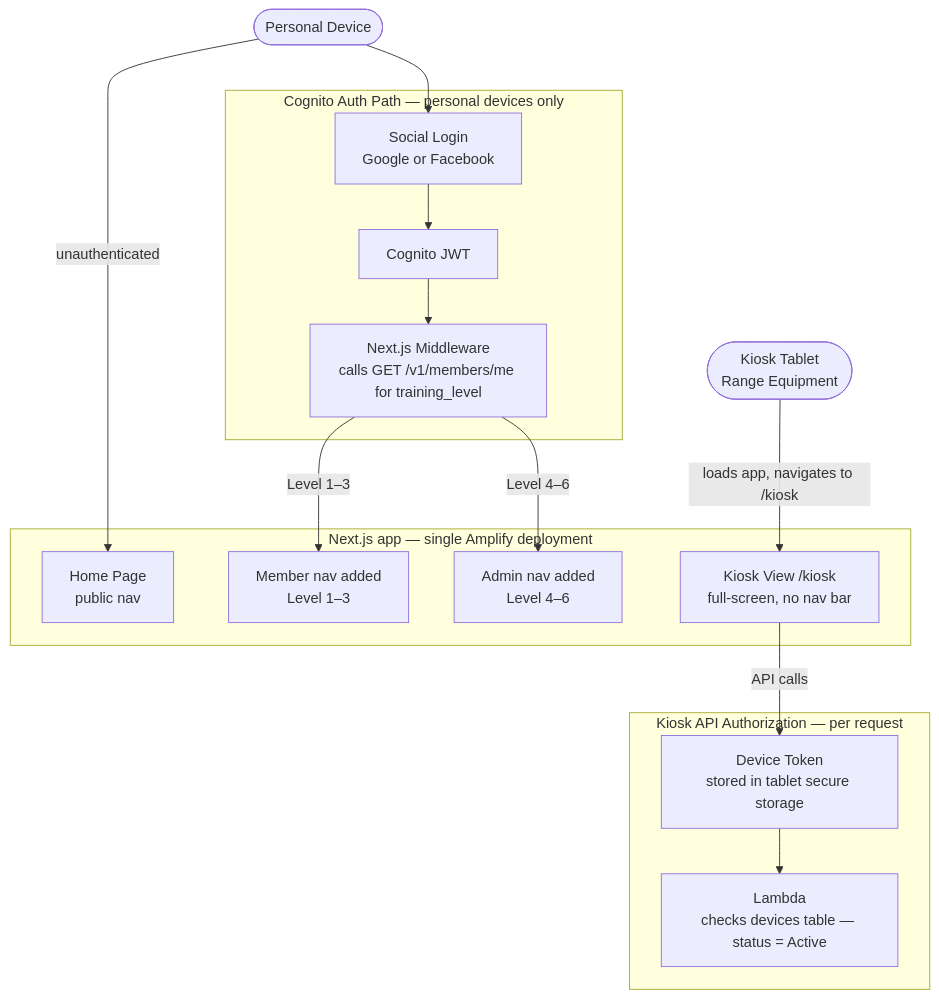
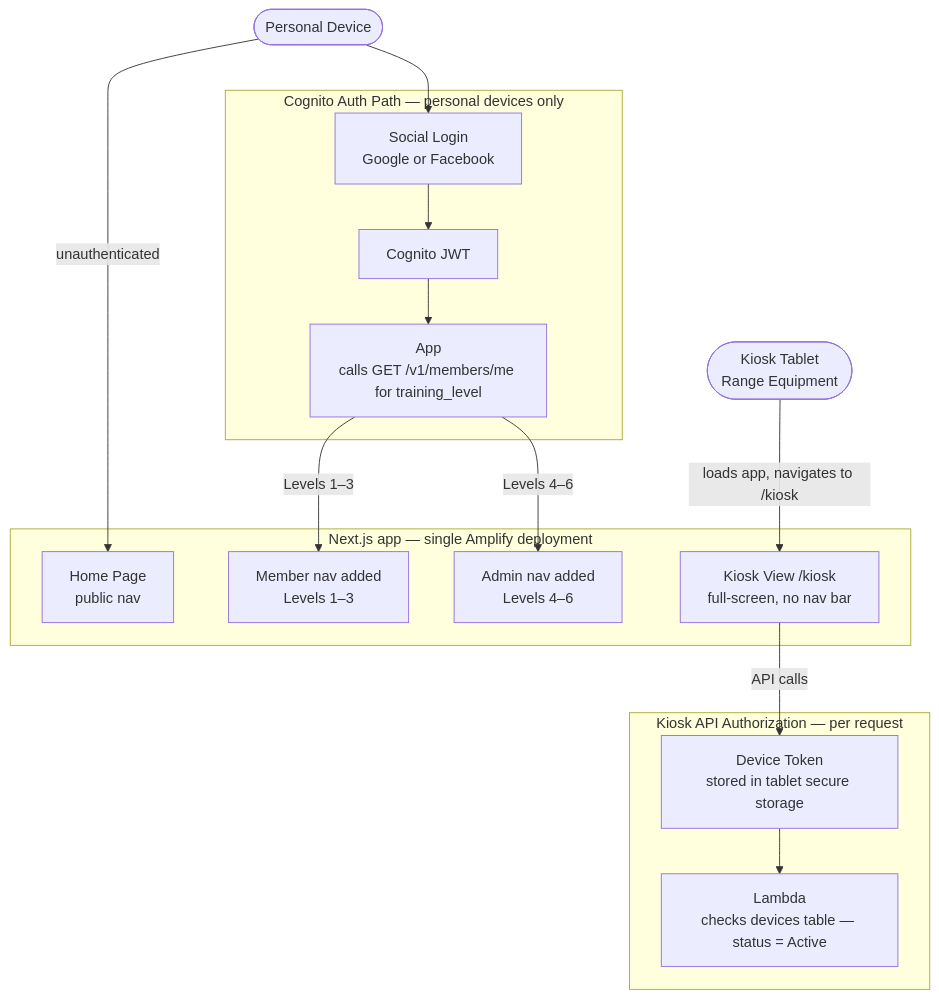
One commit to vrwmiller/outdoorsportsclub changed the second of 2 diagrams in docs/architecture.md. Above: the diagram before and after it, drawn with Mermaid. The commit also changed other lines of this file and 1 other file, not shown here.

Commit message:
fix: implementation-agnostic diagram node, plural Levels, API Gateway auth description, rename misleading layer

````diff
--- a/docs/architecture.md
+++ b/docs/architecture.md
@@ -89,30 +89,30 @@
 ```mermaid
 flowchart TD
     PD([Personal Device])
     KT([Kiosk Tablet<br/>Range Equipment])
 
     subgraph WEB_AUTH[Cognito Auth Path — personal devices only]
         SOCIAL[Social Login<br/>Google or Facebook]
         JWT[Cognito JWT]
-        MW[Next.js Middleware<br/>calls GET /v1/members/me for training_level]
+        MW[App<br/>calls GET /v1/members/me for training_level]
     end
 
     subgraph KIOSK_AUTH[Kiosk API Authorization — per request]
         DEVTOKEN[Device Token<br/>stored in tablet secure storage]
         DEVCHECK[Lambda<br/>checks devices table — status = Active]
     end
 
     subgraph APP[Next.js app — single Amplify deployment]
         PUB[Home Page<br/>public nav]
-        NAV_M[Member nav added<br/>Level 1–3]
-        NAV_A[Admin nav added<br/>Level 4–6]
+        NAV_M[Member nav added<br/>Levels 1–3]
+        NAV_A[Admin nav added<br/>Levels 4–6]
         KV[Kiosk View /kiosk<br/>full-screen, no nav bar]
     end
 
     PD -->|unauthenticated| PUB
     PD --> SOCIAL --> JWT --> MW
-    MW -->|Level 1–3| NAV_M
-    MW -->|Level 4–6| NAV_A
+    MW -->|Levels 1–3| NAV_M
+    MW -->|Levels 4–6| NAV_A
     KT -->|loads app, navigates to /kiosk| KV
     KV -->|API calls| DEVTOKEN --> DEVCHECK
 ```
````
